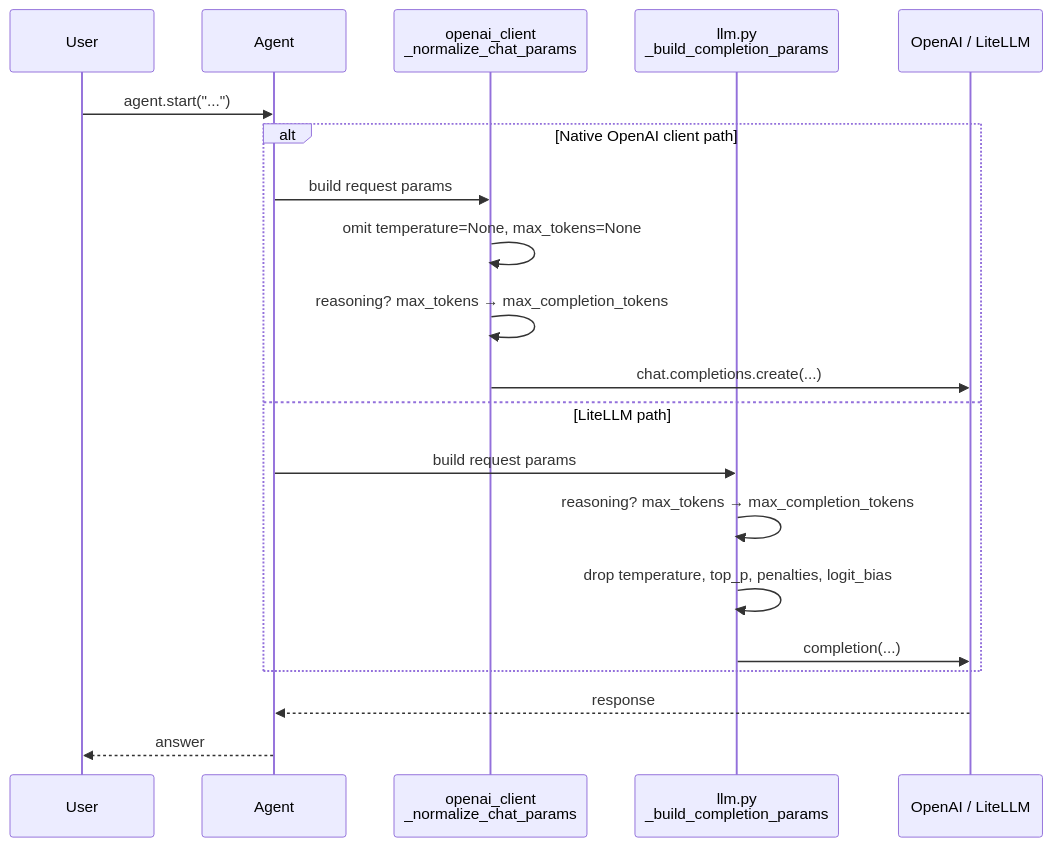
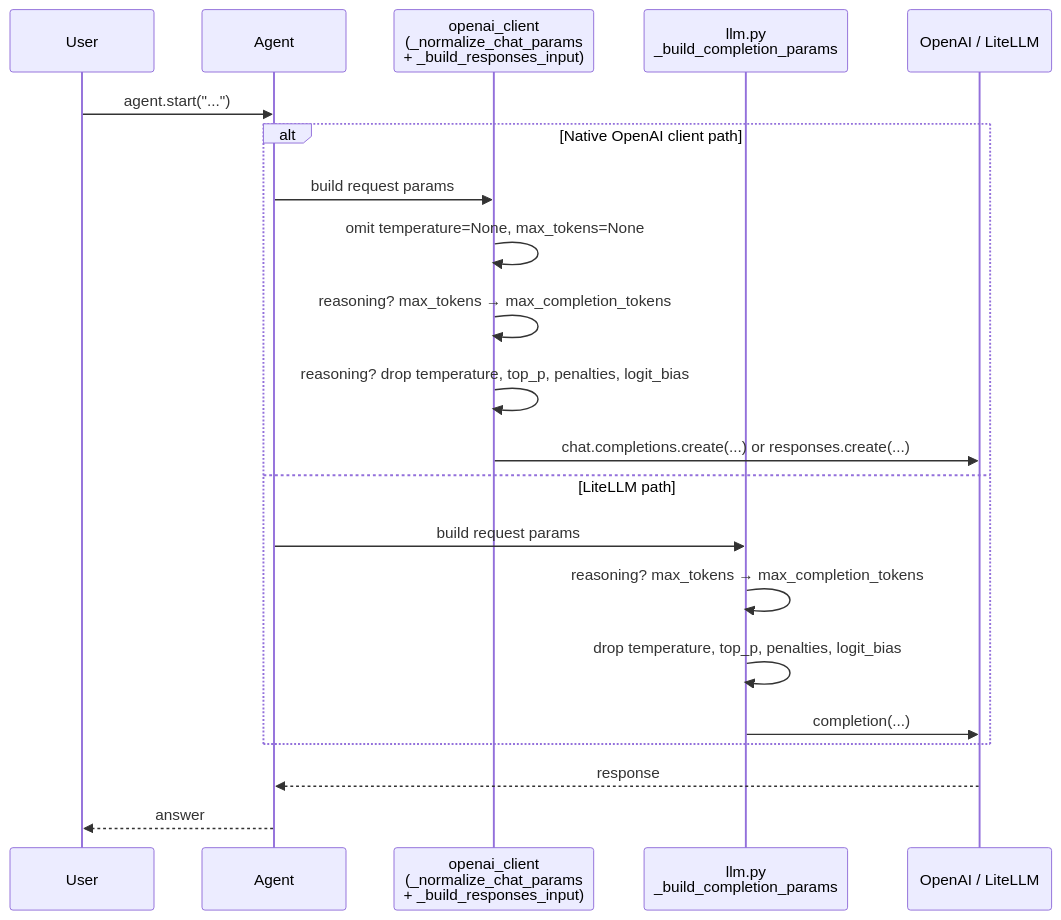
One commit to MervinPraison/PraisonAIDocs changed the second of 3 diagrams in docs/features/reasoning-models.mdx. Above: the diagram before and after it, drawn with Mermaid. The commit also changed other lines of this file and 1 other file, not shown here.

Commit message:
fix: document native OpenAI client dropping reasoning sampling params (fixes #4853)

````diff
--- a/docs/features/reasoning-models.mdx
+++ b/docs/features/reasoning-models.mdx
@@ -73,23 +87,24 @@
 ```mermaid
 sequenceDiagram
     participant User
     participant Agent
-    participant Native as openai_client<br/>_normalize_chat_params
+    participant Native as openai_client<br/>(_normalize_chat_params<br/>+ _build_responses_input)
     participant LiteLLMPath as llm.py<br/>_build_completion_params
     participant LLM as OpenAI / LiteLLM
 
     User->>Agent: agent.start("...")
     alt Native OpenAI client path
         Agent->>Native: build request params
         Native->>Native: omit temperature=None, max_tokens=None
         Native->>Native: reasoning? max_tokens → max_completion_tokens
-        Native->>LLM: chat.completions.create(...)
+        Native->>Native: reasoning? drop temperature, top_p, penalties, logit_bias
+        Native->>LLM: chat.completions.create(...) or responses.create(...)
     else LiteLLM path
         Agent->>LiteLLMPath: build request params
         LiteLLMPath->>LiteLLMPath: reasoning? max_tokens → max_completion_tokens
         LiteLLMPath->>LiteLLMPath: drop temperature, top_p, penalties, logit_bias
         LiteLLMPath->>LLM: completion(...)
     end
     LLM-->>Agent: response
     Agent-->>User: answer
 ```
````
